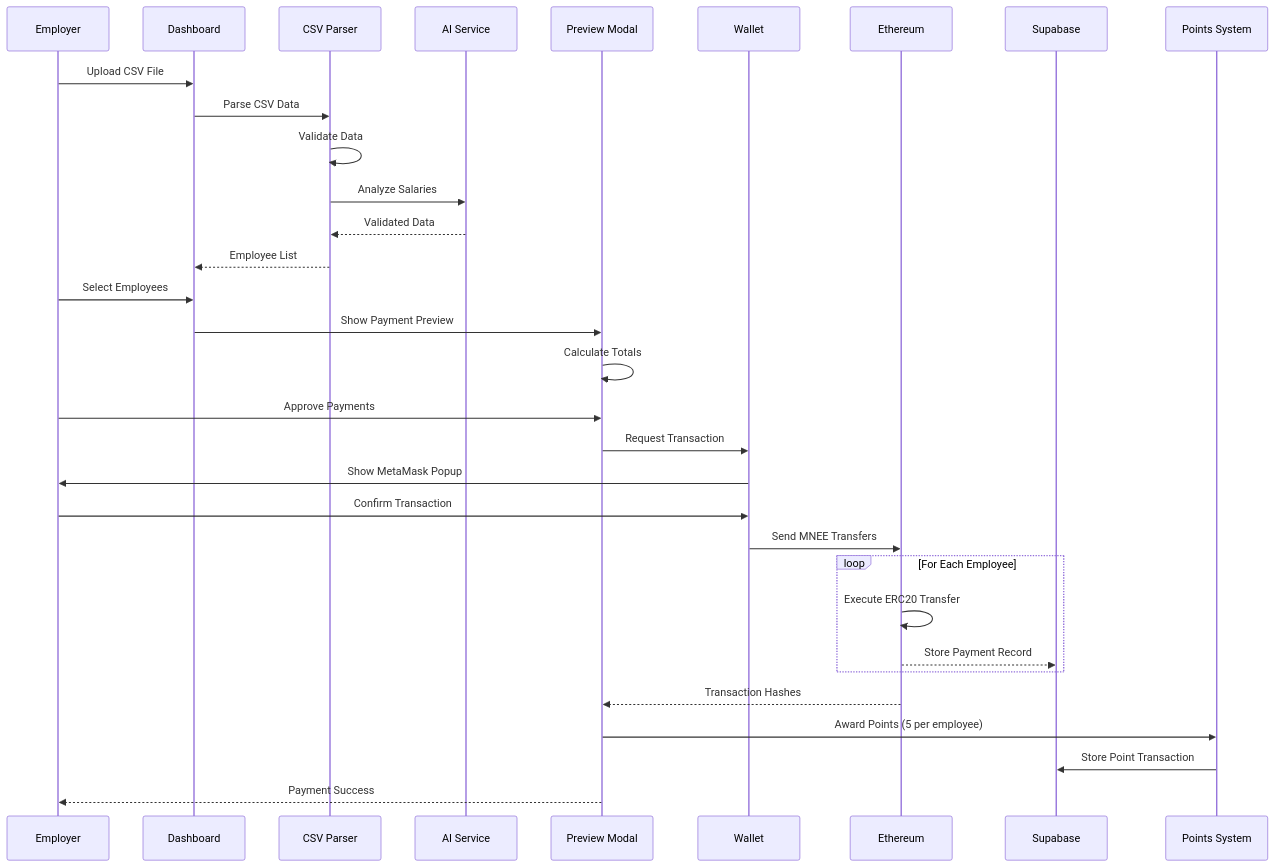
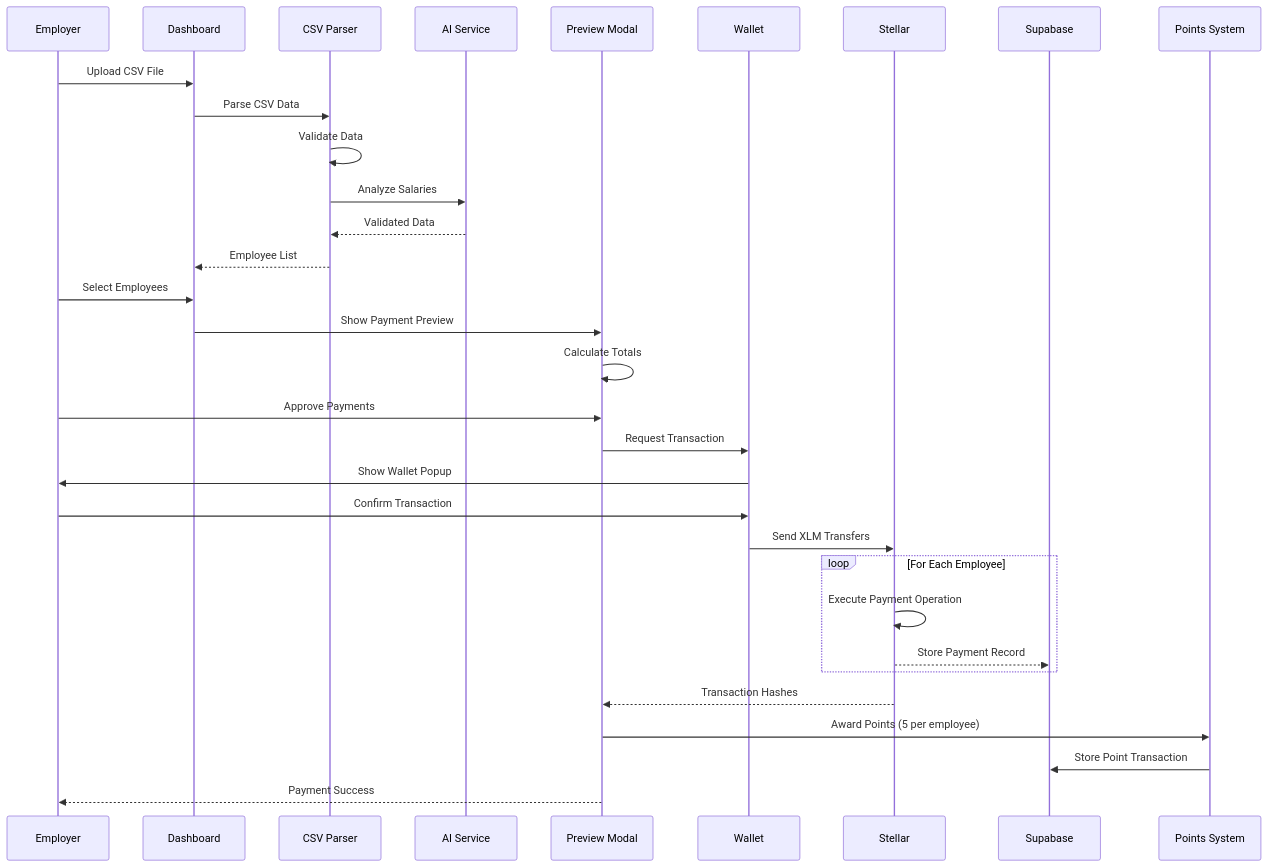
The third of 10 diagrams in README.md (AmaanSayyad/Gemetra-Stellar), drawn with Mermaid before and after one commit. The commit also changed other lines of this file and 57 other files, not shown here.

````diff
--- a/README.md
+++ b/README.md
@@ -219,39 +224,39 @@
 ```mermaid
 sequenceDiagram
     participant Employer
     participant Dashboard
     participant CSV Parser
     participant AI Service
     participant Preview Modal
     participant Wallet
-    participant Ethereum
+    participant Stellar
     participant Supabase
     participant Points System
 
     Employer->>Dashboard: Upload CSV File
     Dashboard->>CSV Parser: Parse CSV Data
     CSV Parser->>CSV Parser: Validate Data
     CSV Parser->>AI Service: Analyze Salaries
     AI Service-->>CSV Parser: Validated Data
     CSV Parser-->>Dashboard: Employee List
     
     Employer->>Dashboard: Select Employees
     Dashboard->>Preview Modal: Show Payment Preview
     Preview Modal->>Preview Modal: Calculate Totals
     
     Employer->>Preview Modal: Approve Payments
     Preview Modal->>Wallet: Request Transaction
-    Wallet->>Employer: Show MetaMask Popup
+    Wallet->>Employer: Show Wallet Popup
     Employer->>Wallet: Confirm Transaction
-    Wallet->>Ethereum: Send MNEE Transfers
+    Wallet->>Stellar: Send XLM Transfers
     
     loop For Each Employee
-        Ethereum->>Ethereum: Execute ERC20 Transfer
-        Ethereum-->>Supabase: Store Payment Record
+        Stellar->>Stellar: Execute Payment Operation
+        Stellar-->>Supabase: Store Payment Record
     end
     
-    Ethereum-->>Preview Modal: Transaction Hashes
+    Stellar-->>Preview Modal: Transaction Hashes
     Preview Modal->>Points System: Award Points (5 per employee)
     Points System->>Supabase: Store Point Transaction
     Preview Modal-->>Employer: Payment Success
 ```
````
